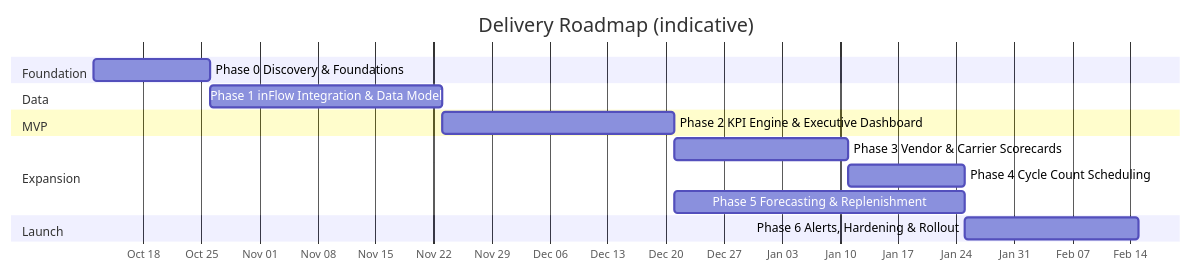
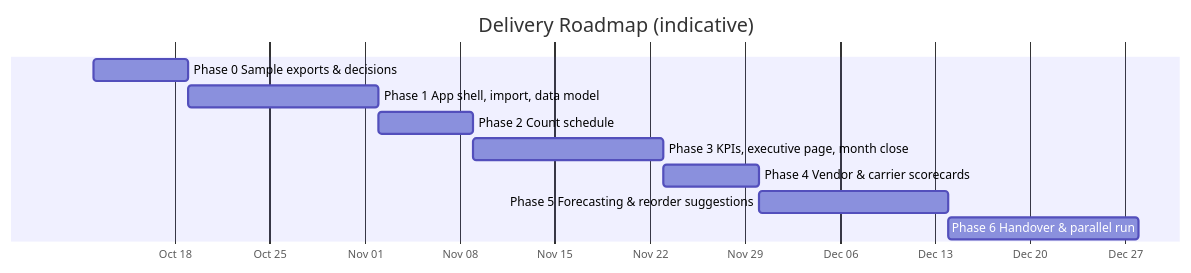
The eighth of 8 diagrams in docs/SYSTEM_DESIGN.md (mdonaldson-prog/Dashboard), drawn with Mermaid before and after one commit. The commit also changed other lines of this file and 1 other file, not shown here.

First line of the commit message:
Redesign as a zero-maintenance single-file app fed by inFlow exports (v2)

````diff
--- a/docs/SYSTEM_DESIGN.md
+++ b/docs/SYSTEM_DESIGN.md
@@ -1144,18 +608,13 @@
 ```mermaid
 gantt
     dateFormat  YYYY-MM-DD
     axisFormat  %b %d
     title Delivery Roadmap (indicative)
-    section Foundation
-    Phase 0 Discovery & Foundations     :p0, 2026-10-12, 2w
-    section Data
-    Phase 1 inFlow Integration & Data Model :p1, after p0, 4w
-    section MVP
-    Phase 2 KPI Engine & Executive Dashboard :p2, after p1, 4w
-    section Expansion
-    Phase 3 Vendor & Carrier Scorecards  :p3, after p2, 3w
-    Phase 4 Cycle Count Scheduling       :p4, after p3, 2w
-    Phase 5 Forecasting & Replenishment  :p5, after p2, 5w
-    section Launch
-    Phase 6 Alerts, Hardening & Rollout  :p6, after p4, 3w
+    Phase 0 Sample exports & decisions        :p0, 2026-10-12, 1w
+    Phase 1 App shell, import, data model      :p1, after p0, 2w
+    Phase 2 Count schedule                     :p2, after p1, 1w
+    Phase 3 KPIs, executive page, month close  :p3, after p2, 2w
+    Phase 4 Vendor & carrier scorecards        :p4, after p3, 1w
+    Phase 5 Forecasting & reorder suggestions  :p5, after p4, 2w
+    Phase 6 Handover & parallel run            :p6, after p5, 2w
 ```
````
